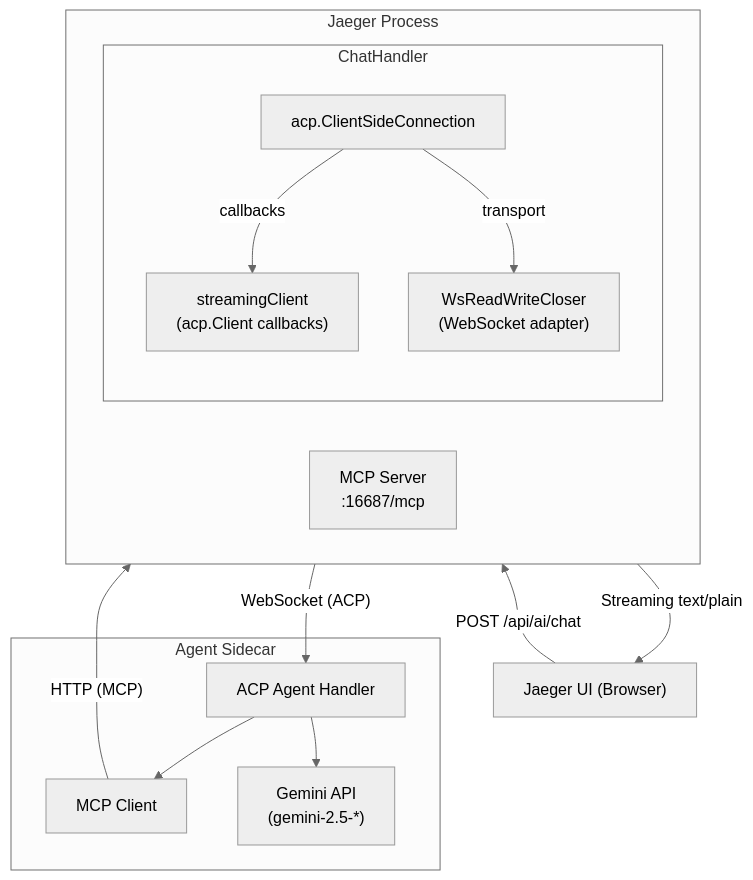
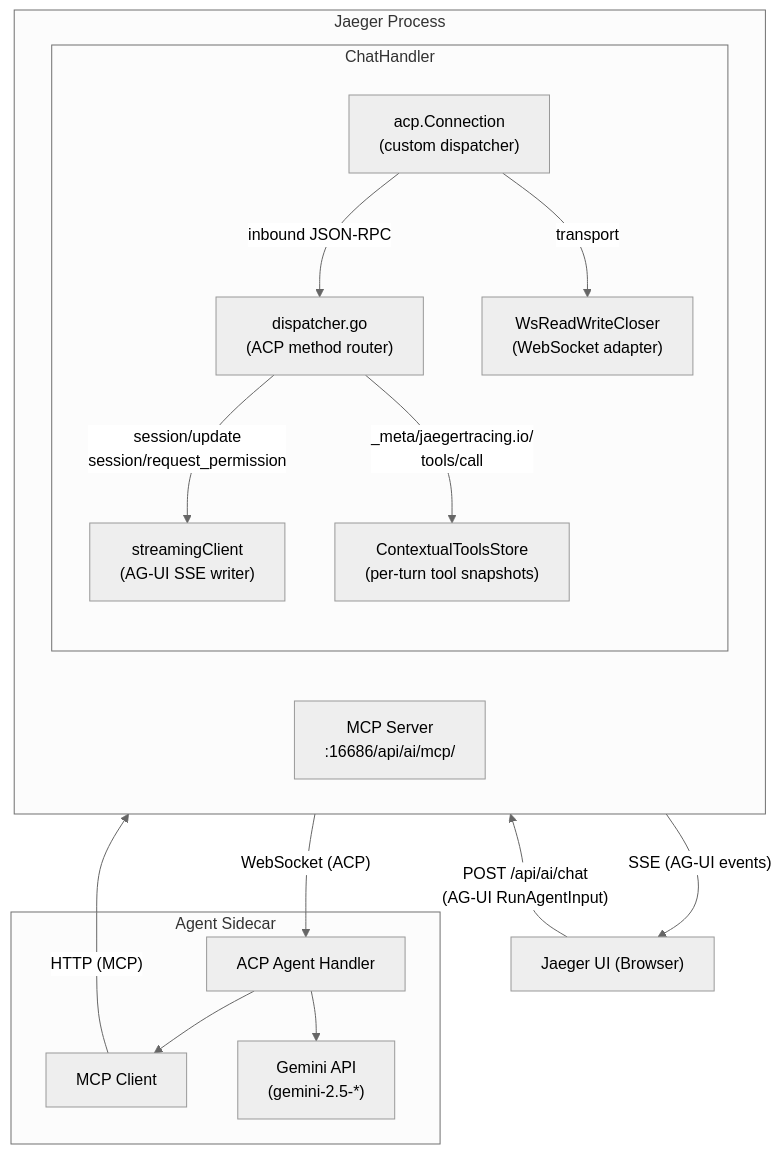
The first of 2 diagrams in cmd/jaeger/internal/extension/jaegerquery/internal/jaegerai/README.md (codacy-open-source-projects-scans/jaeger), drawn with Mermaid (neutral theme) before and after one commit. The commit also changed other lines of this file and 1274 other files, not shown here.

````diff
--- a/cmd/jaeger/internal/extension/jaegerquery/internal/jaegerai/README.md
+++ b/cmd/jaeger/internal/extension/jaegerquery/internal/jaegerai/README.md
@@ -9,30 +17,34 @@
 ```mermaid
 flowchart TB
     UI["Jaeger UI (Browser)"]
 
     subgraph jaeger["Jaeger Process"]
         direction LR
-        MCP["MCP Server<br>:16687/mcp"]
+        MCP["MCP Server<br>:16686/api/ai/mcp/"]
         subgraph handler["ChatHandler"]
             direction TB
-            ACPCONN["acp.ClientSideConnection"]
-            SC["streamingClient<br>(acp.Client callbacks)"]
+            ACPCONN["acp.Connection<br>(custom dispatcher)"]
+            DISPATCH["dispatcher.go<br>(ACP method router)"]
+            SC["streamingClient<br>(AG-UI SSE writer)"]
             WS["WsReadWriteCloser<br>(WebSocket adapter)"]
-            ACPCONN -- "callbacks" --> SC
+            STORE["ContextualToolsStore<br>(per-turn tool snapshots)"]
+            ACPCONN -- "inbound JSON-RPC" --> DISPATCH
+            DISPATCH -- "session/update<br>session/request_permission" --> SC
+            DISPATCH -- "_meta/jaegertracing.io/<br>tools/call" --> STORE
             ACPCONN -- "transport" --> WS
         end
     end
 
     subgraph sidecar["Agent Sidecar"]
         AGENT["ACP Agent Handler"]
         MCPCLIENT["MCP Client"]
         GEMINI["Gemini API<br>(gemini-2.5-*)"]
         AGENT --> MCPCLIENT
         AGENT --> GEMINI
     end
 
-    UI -- "POST /api/ai/chat" --> handler
-    SC -- "Streaming text/plain" --> UI
+    UI -- "POST /api/ai/chat<br>(AG-UI RunAgentInput)" --> handler
+    SC -- "SSE (AG-UI events)" --> UI
     WS -- "WebSocket (ACP)" --> AGENT
     MCPCLIENT -- "HTTP (MCP)" --> MCP
 ```
````
